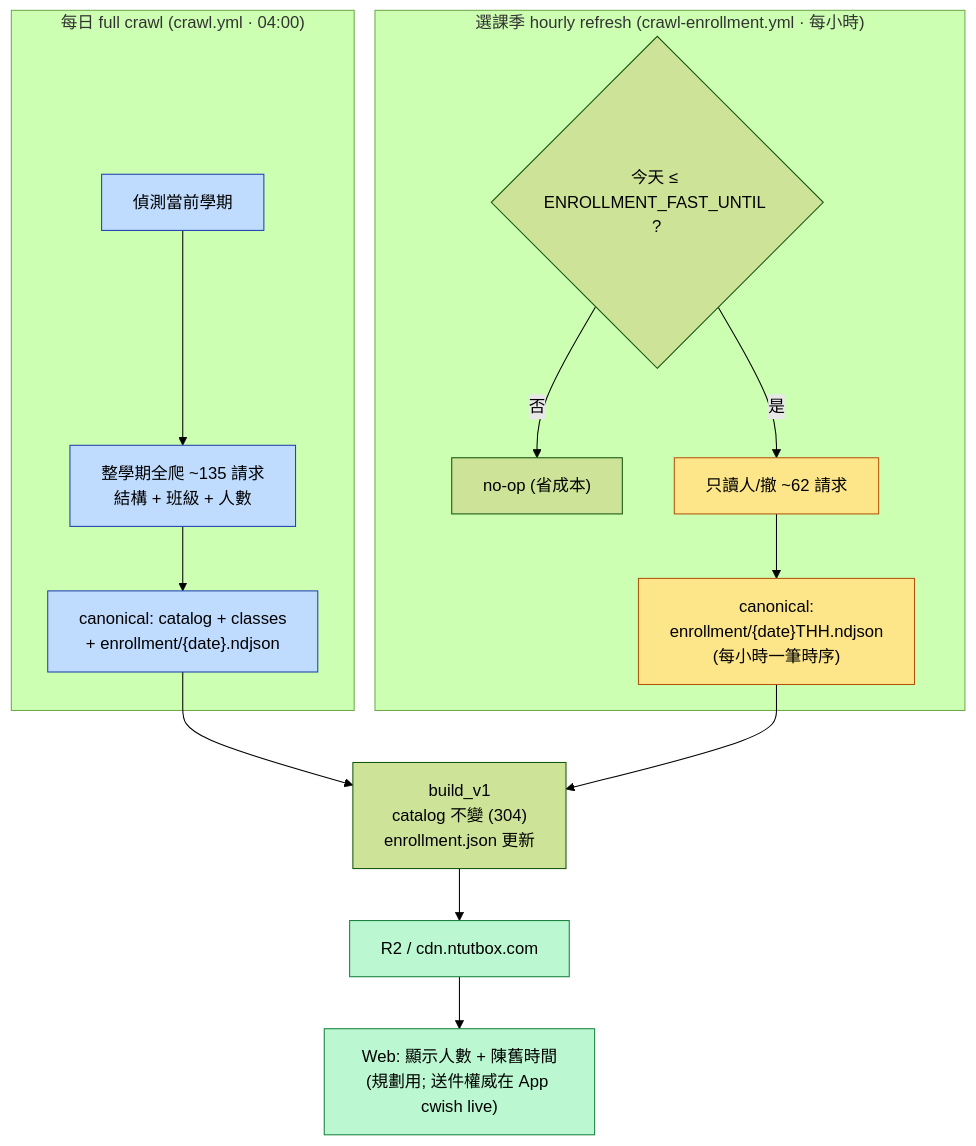
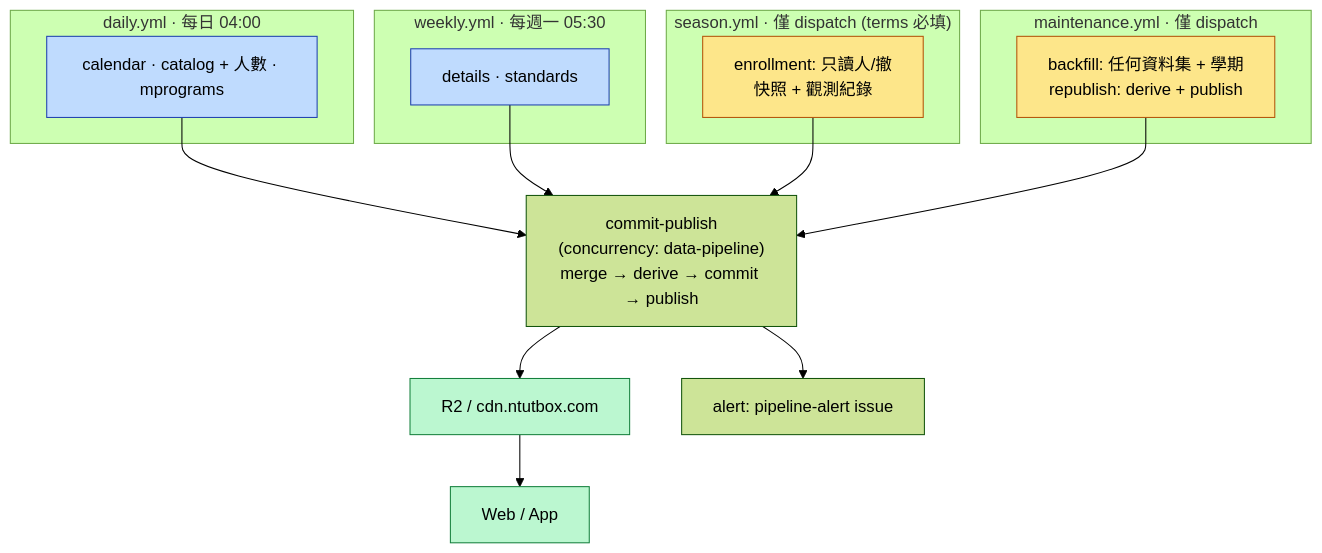
One commit to poterpan/ntutbox-course changed the diagram in docs/diagrams/05-two-cadences.mmd. Above: the diagram before and after it, drawn with Mermaid (forest theme). The commit also changed 26 other files, not shown here.

```diff
--- a/docs/diagrams/05-two-cadences.mmd
+++ b/docs/diagrams/05-two-cadences.mmd
@@ -1,24 +1,28 @@
 flowchart TB
-    subgraph DAILY["每日 full crawl (crawl.yml · 04:00)"]
-        d1["偵測當前學期"] --> d2["整學期全爬 ~135 請求<br/>結構 + 班級 + 人數"]
-        d2 --> d3["canonical: catalog + classes<br/>+ enrollment/{date}.ndjson"]
+    subgraph DAILY["daily.yml · 每日 04:00"]
+        d1["calendar · catalog + 人數 · mprograms"]
+    end
+    subgraph WEEKLY["weekly.yml · 每週一 05:30"]
+        w1["details · standards"]
+    end
+    subgraph SEASON["season.yml · 僅 dispatch (terms 必填)"]
+        s1["enrollment: 只讀人/撤<br/>快照 + 觀測紀錄"]
+    end
+    subgraph MAINT["maintenance.yml · 僅 dispatch"]
+        m1["backfill: 任何資料集 + 學期<br/>republish: derive + publish"]
     end
 
-    subgraph FAST["選課季 hourly refresh (crawl-enrollment.yml · 每小時)"]
-        f0{"今天 ≤ ENROLLMENT_FAST_UNTIL ?"}
-        f0 -->|否| fx["no-op (省成本)"]
-        f0 -->|是| f1["只讀人/撤 ~62 請求"]
-        f1 --> f2["canonical:<br/>enrollment/{date}THH.ndjson<br/>(每小時一筆時序)"]
-    end
-
-    d3 --> B["build_v1<br/>catalog 不變 (304)<br/>enrollment.json 更新"]
-    f2 --> B
-    B --> R2["R2 / cdn.ntutbox.com"]
-    R2 --> web["Web: 顯示人數 + 陳舊時間<br/>(規劃用; 送件權威在 App cwish live)"]
+    d1 --> L["commit-publish<br/>(concurrency: data-pipeline)<br/>merge → derive → commit → publish"]
+    w1 --> L
+    s1 --> L
+    m1 --> L
+    L --> R2["R2 / cdn.ntutbox.com"]
+    L --> AL["alert: pipeline-alert issue"]
+    R2 --> web["Web / App"]
 
     classDef daily fill:#bfdbfe,stroke:#1e40af,color:#000
     classDef fast fill:#fde68a,stroke:#b45309,color:#000
     classDef out fill:#bbf7d0,stroke:#15803d,color:#000
-    class d1,d2,d3 daily
-    class f1,f2 fast
+    class d1,w1 daily
+    class s1,m1 fast
     class R2,web out
```
